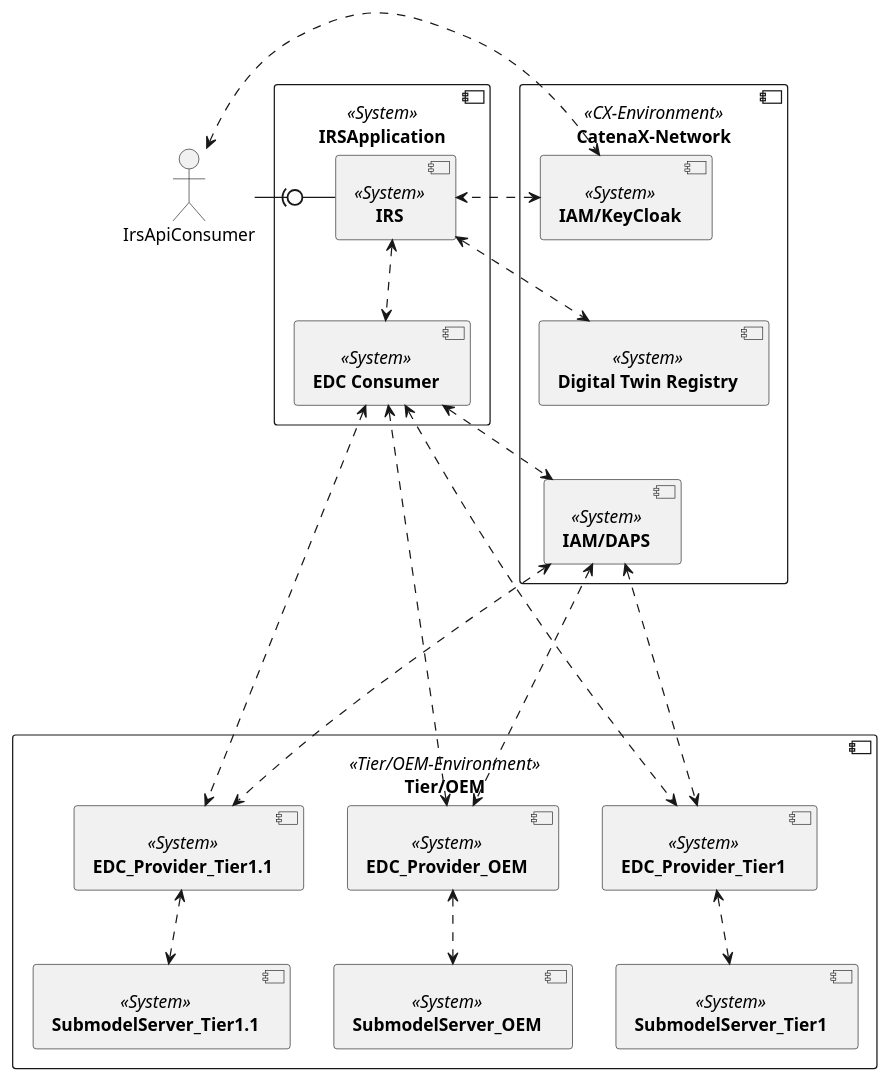
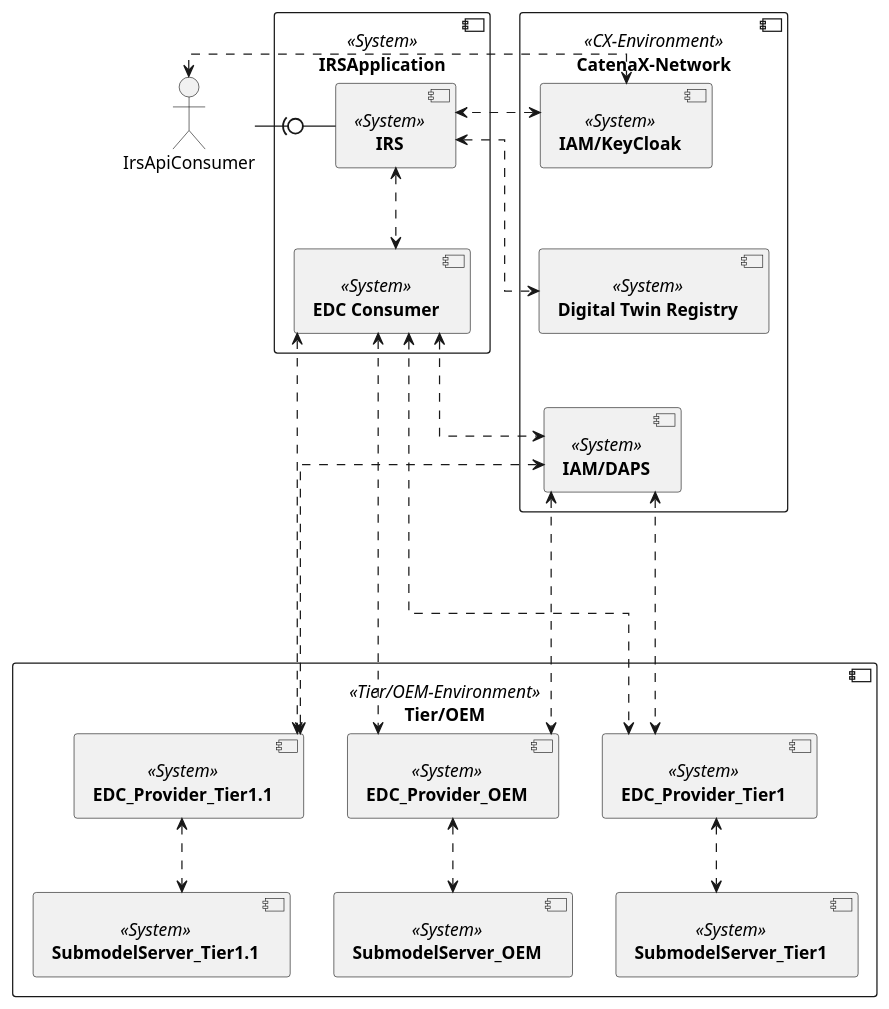
One commit to eclipse-tractusx/item-relationship-service changed the diagram in docs/src/uml-diagrams/building-block-view/whitebox_overall.puml. Above: the diagram before and after it, drawn with PlantUML. The commit also changed 16 other files, not shown here.

```diff
--- a/docs/src/uml-diagrams/building-block-view/whitebox_overall.puml
+++ b/docs/src/uml-diagrams/building-block-view/whitebox_overall.puml
@@ -1,50 +1,52 @@
 @startuml
 skinparam monochrome true
 skinparam shadowing false
 skinparam spacing 50
+skinparam linetype ortho
+skinparam defaultFontName "Architects daughter"
 
 
 component [**IRSApplication**] <<System>> {
 	component [**IRS**] <<System>> as IRS
 	component [**EDC Consumer**] <<System>> as EDC
 
 }
 
 component [**CatenaX-Network**] <<CX-Environment>> {
     component [**IAM/KeyCloak**] <<System>> as IAM_IRS
     component [**Digital Twin Registry**] <<System>> as DT_REG
     component [**IAM/DAPS**] <<System>> as IAM_DAPS
     IAM_IRS --[hidden]> DT_REG
     DT_REG --[hidden]>  IAM_DAPS
 }
 
 component [**Tier/OEM**] <<Tier/OEM-Environment>> {
 
     component [**EDC_Provider_OEM**] <<System>> as EDCProviderOEM
     component [**EDC_Provider_Tier1**] <<System>> as EDCProviderTier1
     component [**EDC_Provider_Tier1.1**] <<System>> as EDCProviderTier11
     component [**SubmodelServer_OEM**] <<System>> as SubmodelServerOEM
     component [**SubmodelServer_Tier1**] <<System>> as SubmodelServerTier1
     component [**SubmodelServer_Tier1.1**] <<System>> as SubmodelServerTier11
 }
 
 
 actor IrsApiConsumer
 
 IrsApiConsumer -right(0- IRS
 IrsApiConsumer <.r.> IAM_IRS
 IRS <.d.> EDC
 IRS <.l.> IAM_IRS
 IRS <.> DT_REG
 EDC <..> IAM_DAPS
 EDC <..> EDCProviderOEM
 EDC <...> EDCProviderTier1
 EDC <....> EDCProviderTier11
 IAM_DAPS <..> EDCProviderOEM
 IAM_DAPS <...> EDCProviderTier1
 IAM_DAPS <....> EDCProviderTier11
 EDCProviderOEM <..> SubmodelServerOEM
 EDCProviderTier1 <..> SubmodelServerTier1
 EDCProviderTier11 <..> SubmodelServerTier11
 
 @enduml
```
